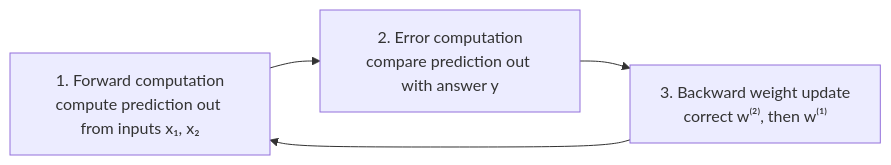
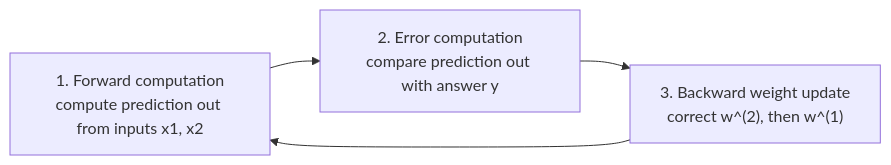
One commit to Choroning/25Fall_Software-Applications changed the second of 2 diagrams in Lecture-Notes/Lec03_Image-Processing-1/Concepts_Lecture.md. Above: the diagram before and after it, drawn with Mermaid. The commit also changed other lines of this file and 7 other files, not shown here.

First line of the commit message:
Fix diagram labels and definition boxes after review

````diff
--- a/Lecture-Notes/Lec03_Image-Processing-1/Concepts_Lecture.md
+++ b/Lecture-Notes/Lec03_Image-Processing-1/Concepts_Lecture.md
@@ -79,6 +79,6 @@
 ```mermaid
 graph LR
-    F["1. Forward computation<br>compute prediction out from inputs x₁, x₂"] --> E["2. Error computation<br>compare prediction out with answer y"]
-    E --> B["3. Backward weight update<br>correct w⁽²⁾, then w⁽¹⁾"]
+    F["1. Forward computation<br>compute prediction out from inputs x1, x2"] --> E["2. Error computation<br>compare prediction out with answer y"]
+    E --> B["3. Backward weight update<br>correct w^(2), then w^(1)"]
     B --> F
 ```
````
